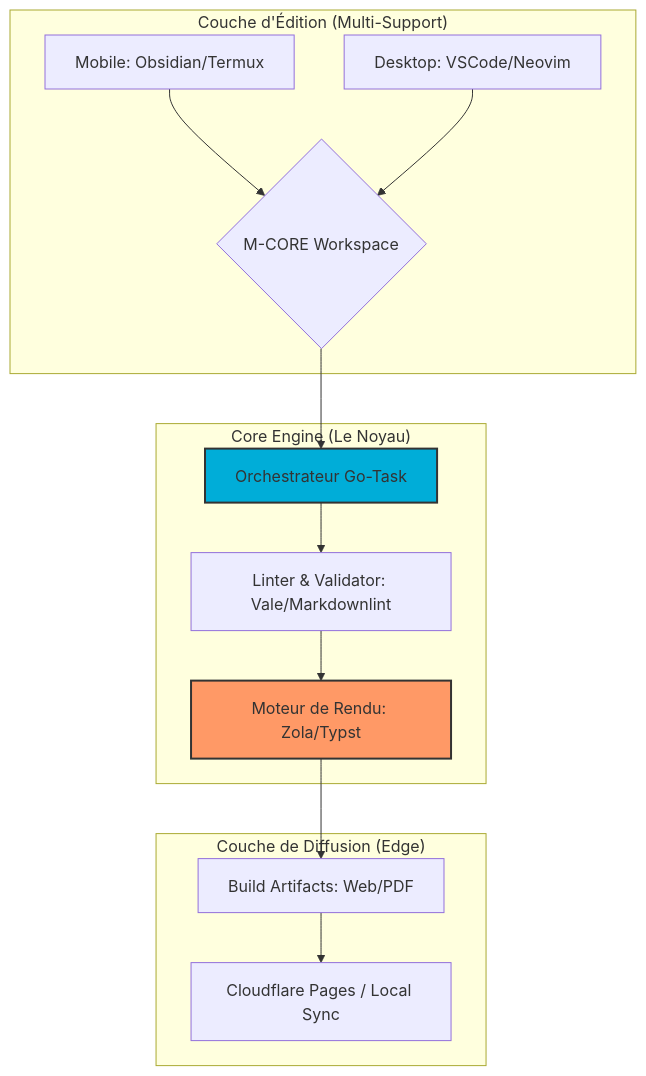
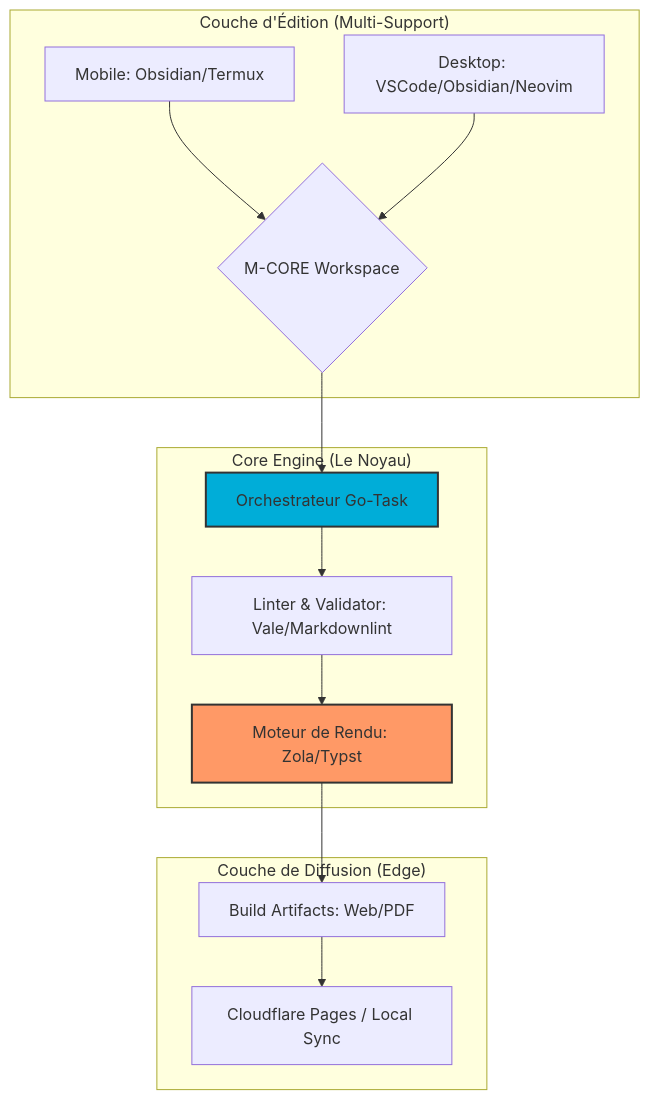
The diagram in README.md (M-Core-Engineering/m-core), drawn with Mermaid before and after one commit. The commit also changed other lines of this file and 13 other files, not shown here.

Commit message:
chore(doc) refactoring architecture

````diff
--- a/README.md
+++ b/README.md
@@ -27,21 +27,21 @@
 ```mermaid
 graph TD
     subgraph "Couche d'Édition (Multi-Support)"
         A[Mobile: Obsidian/Termux] --> B{M-CORE Workspace}
-        C[Desktop: VSCode/Neovim] --> B
+        C[Desktop: VSCode/Obsidian/Neovim] --> B
     end
 
     subgraph "Core Engine (Le Noyau)"
         B --> D[Orchestrateur Go-Task]
         D --> E[Linter & Validator: Vale/Markdownlint]
         E --> F[Moteur de Rendu: Zola/Typst]
     end
 
     subgraph "Couche de Diffusion (Edge)"
         F --> G[Build Artifacts: Web/PDF]
         G --> H[Cloudflare Pages / Local Sync]
     end
 
     style D fill:#00ADD8,stroke:#333,stroke-width:2px
     style F fill:#f96,stroke:#333,stroke-width:2px
 ```
````
